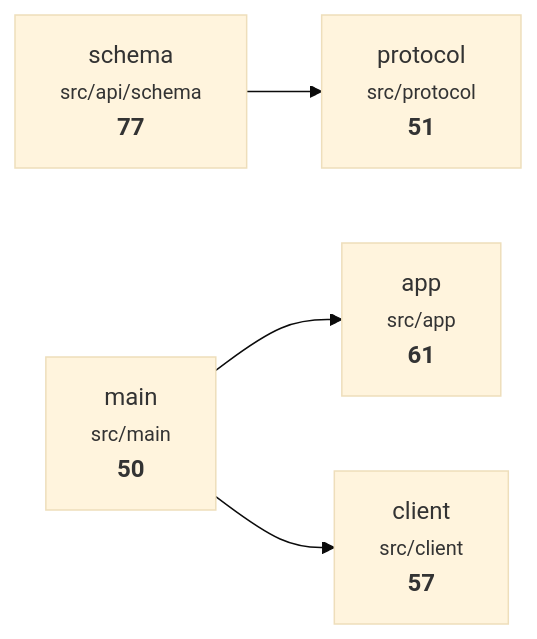
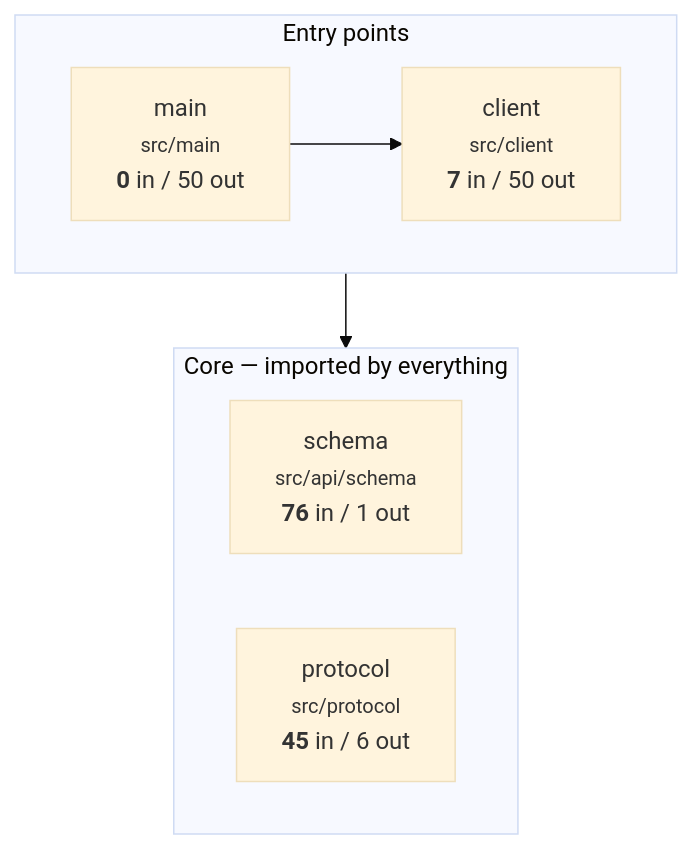
The diagram in README.md (alfonsodg/repo-cartographer), drawn with Mermaid (base theme) before and after one commit. The commit also changed other lines of this file and 4 other files, not shown here.

First line of the commit message:
feat(mermaid): layer modules by architectural role

````diff
--- a/README.md
+++ b/README.md
@@ -67,11 +82,15 @@
 ```mermaid
-flowchart LR
-  M0["schema<br/><small>src/api/schema</small><br/><b>77</b>"]
-  M1["app<br/><small>src/app</small><br/><b>61</b>"]
-  M2["client<br/><small>src/client</small><br/><b>57</b>"]
-  M3["protocol<br/><small>src/protocol</small><br/><b>51</b>"]
-  M4["main<br/><small>src/main</small><br/><b>50</b>"]
-  M4 --> M1
-  M4 --> M2
-  M0 --> M3
+flowchart TD
+  subgraph ENTRY["Entry points"]
+    direction LR
+    M0["client<br/><small>src/client</small><br/><b>7</b> in / 50 out"]
+    M1["main<br/><small>src/main</small><br/><b>0</b> in / 50 out"]
+  end
+  subgraph CORE["Core — imported by everything"]
+    direction LR
+    M2["schema<br/><small>src/api/schema</small><br/><b>76</b> in / 1 out"]
+    M3["protocol<br/><small>src/protocol</small><br/><b>45</b> in / 6 out"]
+  end
+  M1 --> M0
+  M0 --> M2
 ```
````
